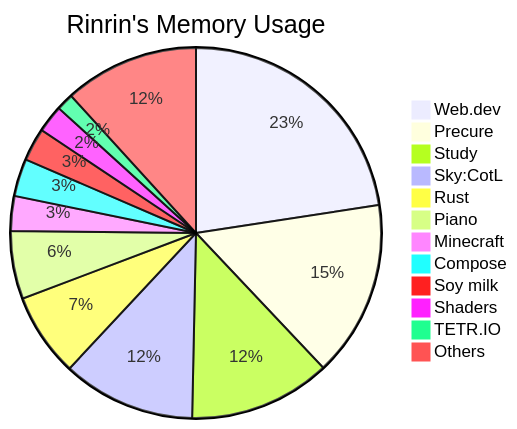
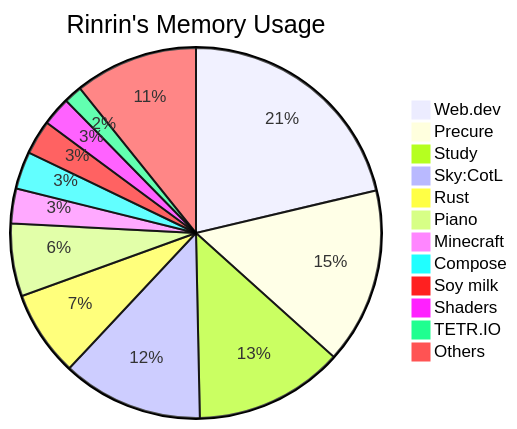
Before and after one commit to Rinrin0413/Rinrin0413: the diagram in README.md, drawn with Mermaid.

Commit message:
🛠 Update: Rinrin's Memory Usage

````diff
--- a/README.md
+++ b/README.md
@@ -75,15 +75,15 @@
 ```mermaid
 pie title Rinrin's Memory Usage
-    "Web.dev": 511
+    "Web.dev": 483
     "Precure": 348
-    "Study": 280
-    "Sky:CotL": 263
-    "Rust": 165
-    "Piano": 134
+    "Study": 295
+    "Sky:CotL": 279
+    "Rust": 170
+    "Piano": 144
     "Minecraft": 69
     "Compose": 74
-    "Soy milk": 65
-    "Shaders": 54
-    "TETR.IO": 34
-    "Others": 266
+    "Soy milk": 68
+    "Shaders": 57
+    "TETR.IO": 36
+    "Others": 244
 ```
````
